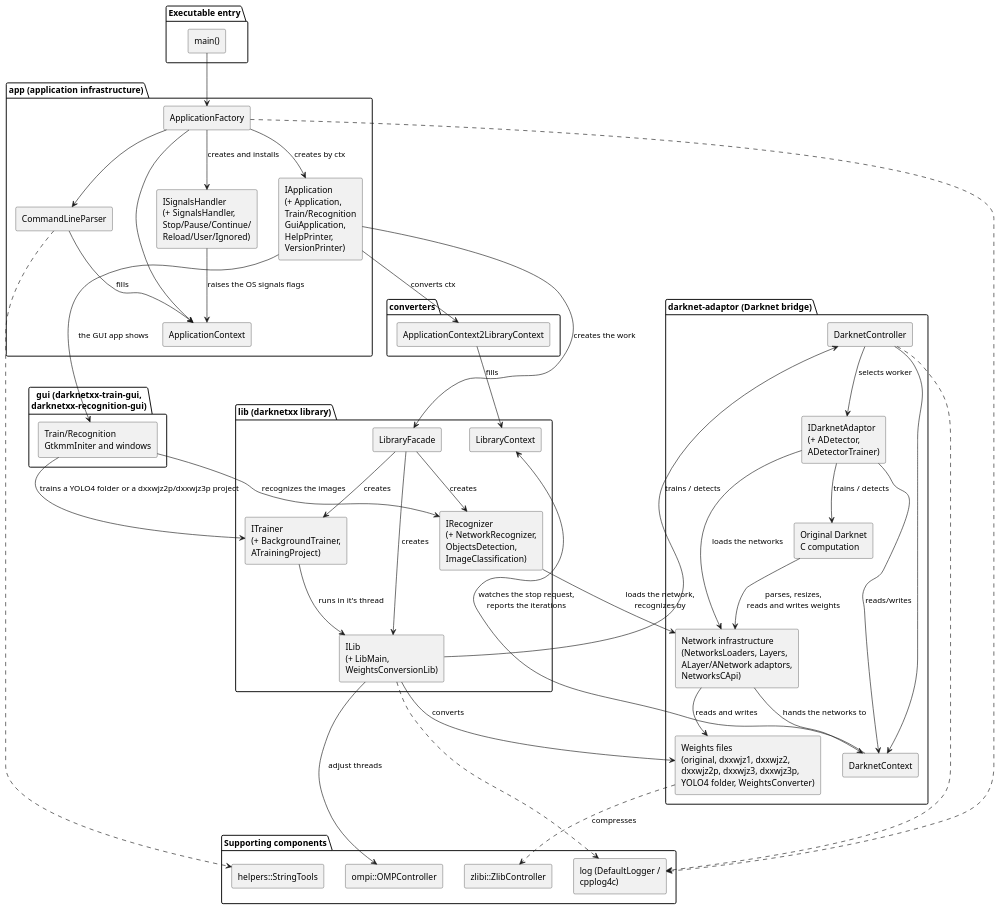
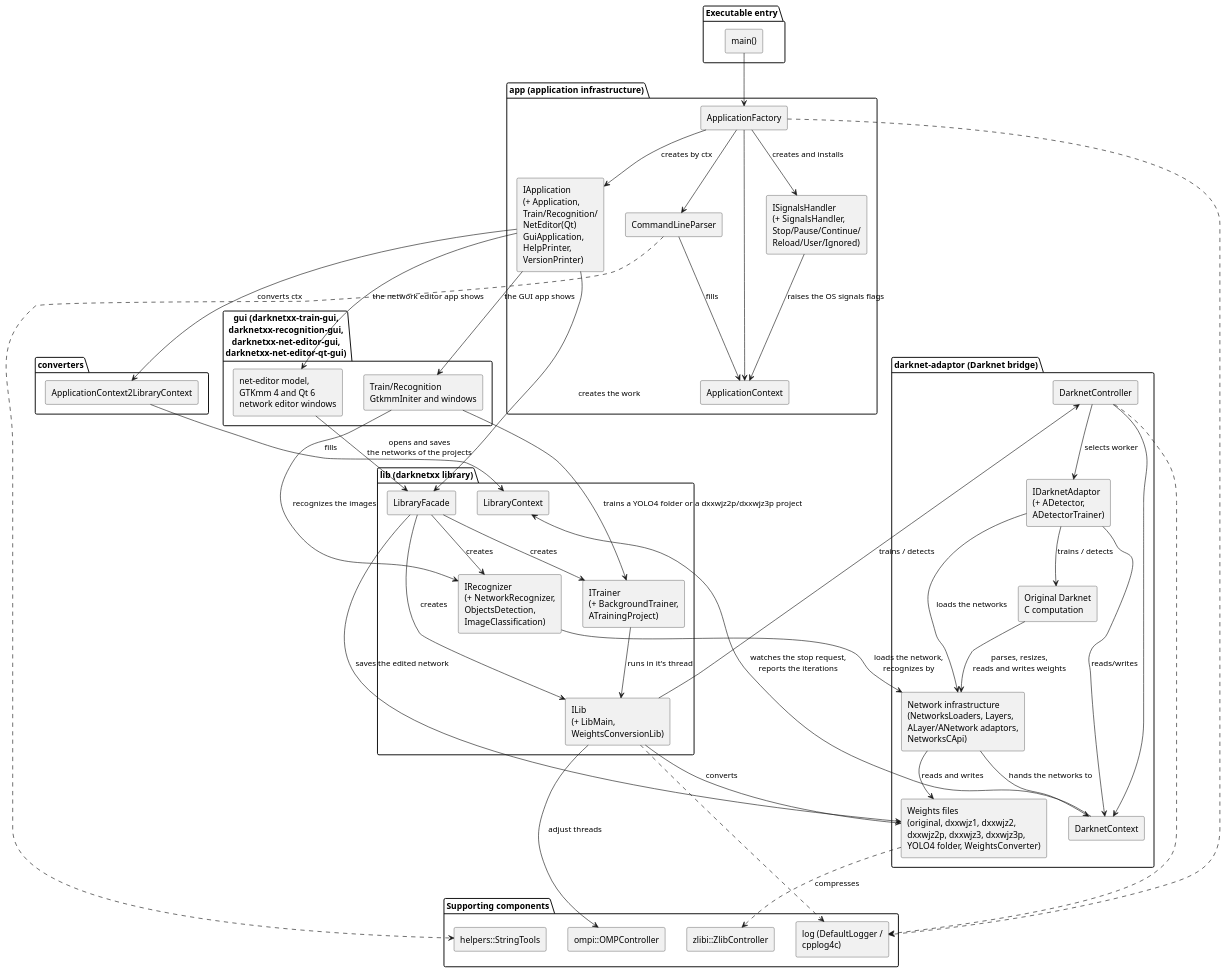
The diagram in doc/sections/en_US/4-7-components-and-architecture.md (yuriysydor1991/darknetxx), drawn with PlantUML before and after one commit. The commit also changed other lines of this file and 22 other files, not shown here.

Commit message:
docs: document the network editor binaries

```diff
--- a/doc/sections/en_US/4-7-components-and-architecture.md
+++ b/doc/sections/en_US/4-7-components-and-architecture.md
@@ -61,7 +66,7 @@
   [ApplicationFactory] as factory
   [CommandLineParser] as parser
   [ApplicationContext] as ctx
-  [IApplication\n(+ Application,\nTrain/Recognition\nGuiApplication,\nHelpPrinter,\nVersionPrinter)] as iapp
+  [IApplication\n(+ Application,\nTrain/Recognition/\nNetEditor(Qt)\nGuiApplication,\nHelpPrinter,\nVersionPrinter)] as iapp
   [ISignalsHandler\n(+ SignalsHandler,\nStop/Pause/Continue/\nReload/User/Ignored)] as signals
 }
 
@@ -69,8 +74,9 @@
   [ApplicationContext2LibraryContext] as conv
 }
 
-package "gui (darknetxx-train-gui,\ndarknetxx-recognition-gui)" {
+package "gui (darknetxx-train-gui,\ndarknetxx-recognition-gui,\ndarknetxx-net-editor-gui,\ndarknetxx-net-editor-qt-gui)" {
   [Train/Recognition\nGtkmmIniter and windows] as gui
+  [net-editor model,\nGTKmm 4 and Qt 6\nnetwork editor windows] as editor
 }
 
 package "lib (darknetxx library)" {
@@ -110,6 +116,9 @@
 iapp --> gui : the GUI app shows
 gui --> trainer : trains a YOLO4 folder or a dxxwjz2p/dxxwjz3p project
 gui --> recognizer : recognizes the images
+iapp --> editor : the network editor app shows
+editor --> facade : opens and saves\nthe networks of the projects
+facade --> weights : saves the edited network
 facade --> ilib : creates
 facade --> trainer : creates
 facade --> recognizer : creates
```
